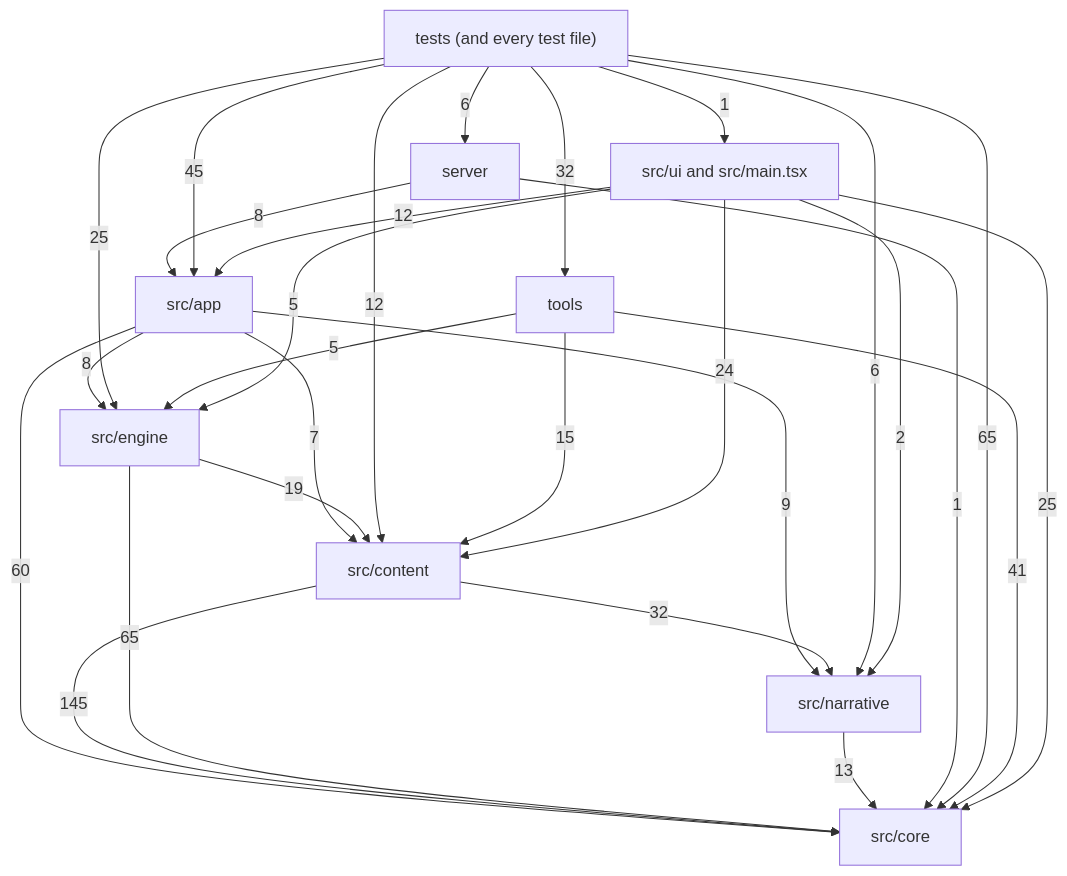
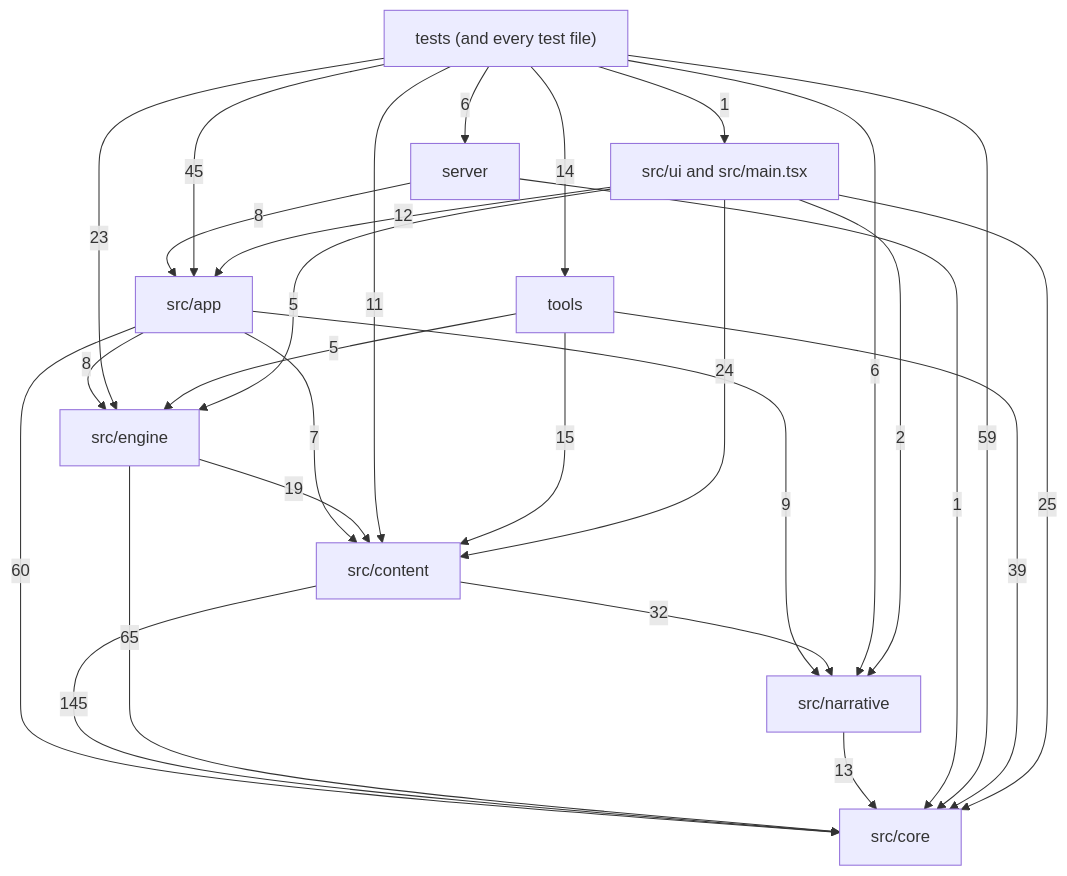
The diagram in docs/reference/code-map/README.md (OrangeB0lt/Cyber-funk), drawn with Mermaid before and after one commit. The commit also changed other lines of this file and 77 other files, not shown here.

````diff
--- a/docs/reference/code-map/README.md
+++ b/docs/reference/code-map/README.md
@@ -29,39 +29,39 @@
 ```mermaid
 flowchart TD
   core["src/core"]
   narrative["src/narrative"]
   content["src/content"]
   engine["src/engine"]
   app["src/app"]
   ui["src/ui and src/main.tsx"]
   server["server"]
   tools["tools"]
   tests["tests (and every test file)"]
   app -->|7| content
   app -->|60| core
   app -->|8| engine
   app -->|9| narrative
   content -->|145| core
   content -->|32| narrative
   engine -->|19| content
   engine -->|65| core
   narrative -->|13| core
   server -->|8| app
   server -->|1| core
   tests -->|45| app
-  tests -->|12| content
-  tests -->|65| core
-  tests -->|25| engine
+  tests -->|11| content
+  tests -->|59| core
+  tests -->|23| engine
   tests -->|6| narrative
   tests -->|6| server
-  tests -->|32| tools
+  tests -->|14| tools
   tests -->|1| ui
   tools -->|15| content
-  tools -->|41| core
+  tools -->|39| core
   tools -->|5| engine
   ui -->|12| app
   ui -->|24| content
   ui -->|25| core
   ui -->|5| engine
   ui -->|2| narrative
 ```
````
